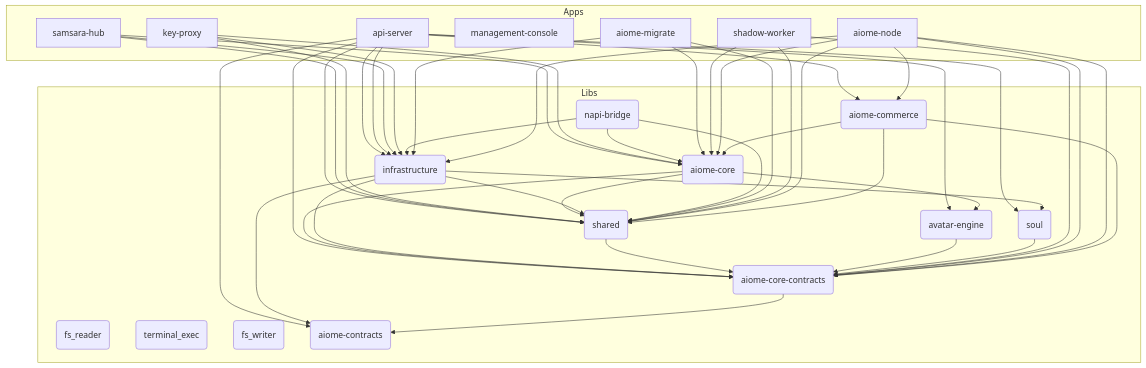
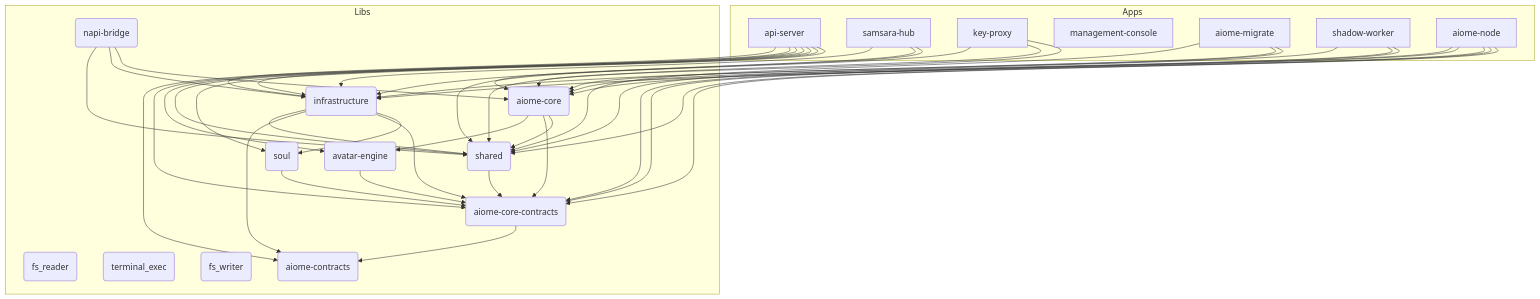
Before and after one commit to for4xex-droid/modular-open-claw: the diagram in ARCHITECTURE.md, drawn with Mermaid. The commit also changed other lines of this file and 44 other files, not shown here.

````diff
--- a/ARCHITECTURE.md
+++ b/ARCHITECTURE.md
@@ -23,71 +23,65 @@
 ```mermaid
 graph TD
     subgraph Apps
         api-server[api-server]
         samsara-hub[samsara-hub]
         key-proxy[key-proxy]
         management-console[management-console]
         aiome-migrate[aiome-migrate]
         shadow-worker[shadow-worker]
         aiome-node[aiome-node]
     end
 
     subgraph Libs
         aiome-core(aiome-core)
         infrastructure(infrastructure)
         shared(shared)
         avatar-engine(avatar-engine)
         fs_reader(fs_reader)
         terminal_exec(terminal_exec)
         fs_writer(fs_writer)
         napi-bridge(napi-bridge)
         aiome-contracts(aiome-contracts)
         aiome-core-contracts(aiome-core-contracts)
         soul(soul)
-        aiome-commerce(aiome-commerce)
     end
 
     api-server --> soul
     api-server --> infrastructure
     api-server --> shared
     api-server --> avatar-engine
     api-server --> aiome-core-contracts
     api-server --> aiome-contracts
-    api-server --> aiome-commerce
     api-server --> infrastructure
     samsara-hub --> aiome-core
     samsara-hub --> shared
     samsara-hub --> infrastructure
     key-proxy --> aiome-core
     key-proxy --> shared
     key-proxy --> infrastructure
     aiome-core --> shared
     aiome-core --> aiome-core-contracts
     aiome-core --> avatar-engine
     infrastructure --> soul
     infrastructure --> aiome-core-contracts
     infrastructure --> aiome-contracts
     infrastructure --> shared
     shared --> aiome-core-contracts
     avatar-engine --> aiome-core-contracts
     napi-bridge --> aiome-core
     napi-bridge --> infrastructure
     napi-bridge --> shared
     aiome-core-contracts --> aiome-contracts
     soul --> aiome-core-contracts
     aiome-migrate --> aiome-core
     aiome-migrate --> infrastructure
     aiome-migrate --> shared
     shadow-worker --> aiome-core-contracts
     shadow-worker --> aiome-core
     shadow-worker --> shared
     aiome-node --> aiome-core-contracts
     aiome-node --> shared
     aiome-node --> infrastructure
-    aiome-node --> aiome-commerce
     aiome-node --> aiome-core
     aiome-node --> aiome-core-contracts
-    aiome-commerce --> aiome-core-contracts
-    aiome-commerce --> aiome-core
-    aiome-commerce --> shared
 ```
````
